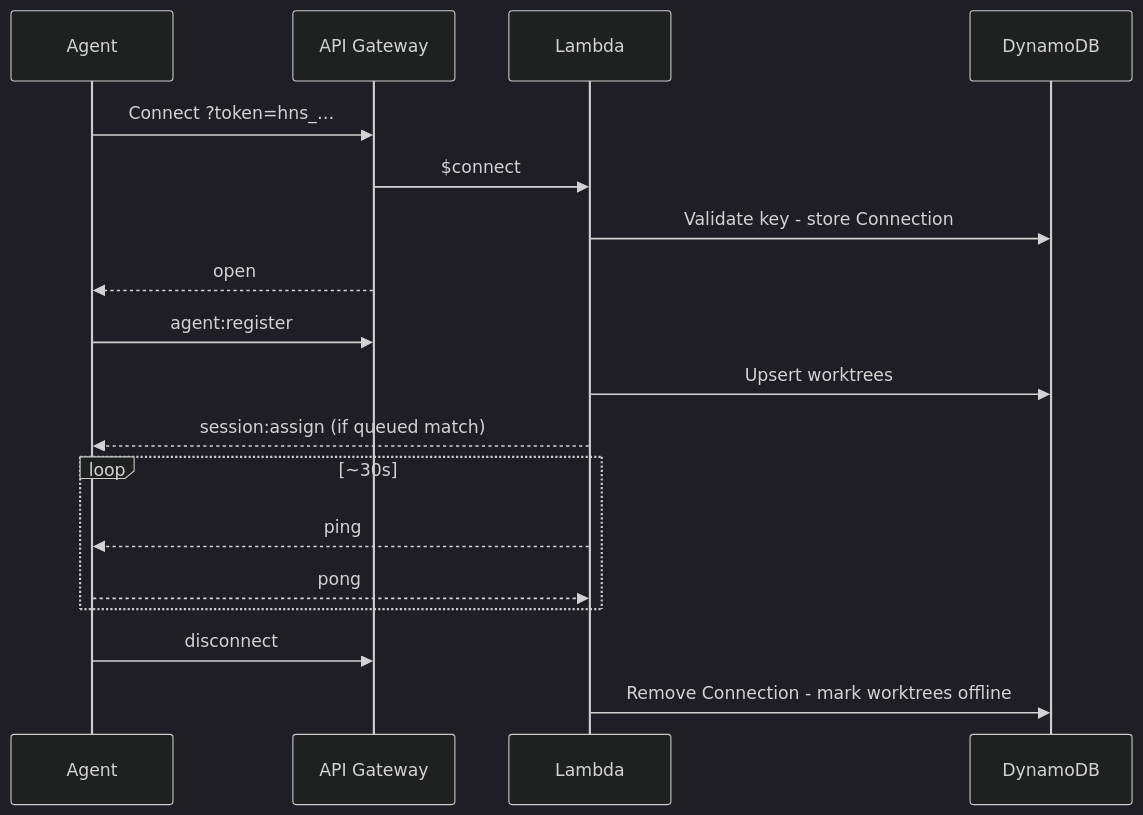
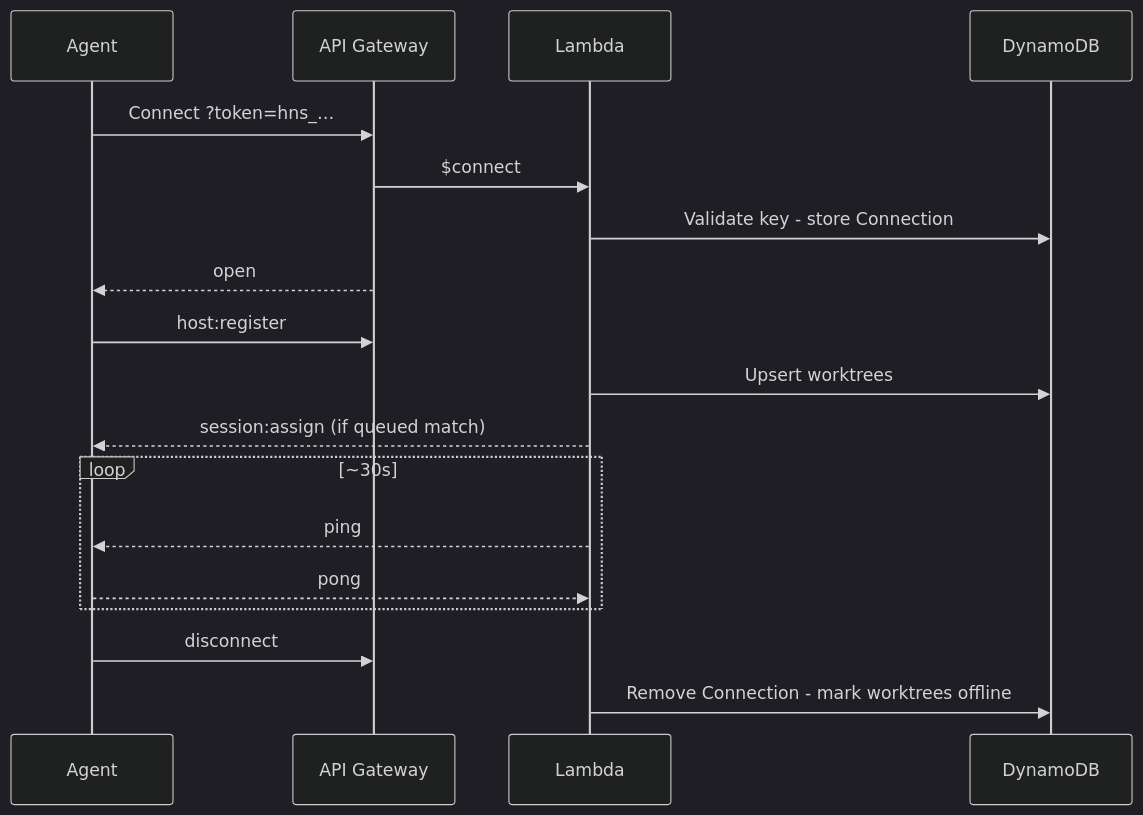
One commit to jonathanong/auto-harness changed the diagram in docs/websocket.md. Above: the diagram before and after it, drawn with Mermaid (dark theme). The commit also changed other lines of this file and 25 other files, not shown here.

````diff
--- a/docs/websocket.md
+++ b/docs/websocket.md
@@ -143,24 +143,24 @@
 ```mermaid
 sequenceDiagram
     participant Agent
     participant GW as API Gateway
     participant Lambda
     participant DDB as DynamoDB
 
     Agent->>GW: Connect ?token=hns_…
     GW->>Lambda: $connect
     Lambda->>DDB: Validate key - store Connection
     GW-->>Agent: open
 
-    Agent->>GW: agent:register
+    Agent->>GW: host:register
     Lambda->>DDB: Upsert worktrees
     Lambda-->>Agent: session:assign (if queued match)
 
     loop ~30s
         Lambda-->>Agent: ping
         Agent-->>Lambda: pong
     end
 
     Agent->>GW: disconnect
     Lambda->>DDB: Remove Connection - mark worktrees offline
 ```
````
